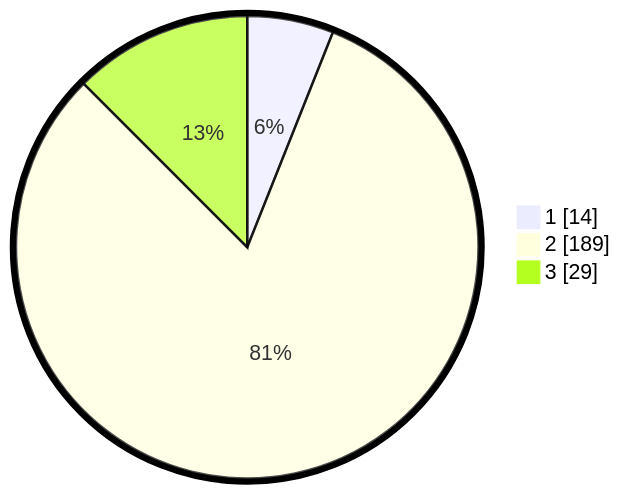
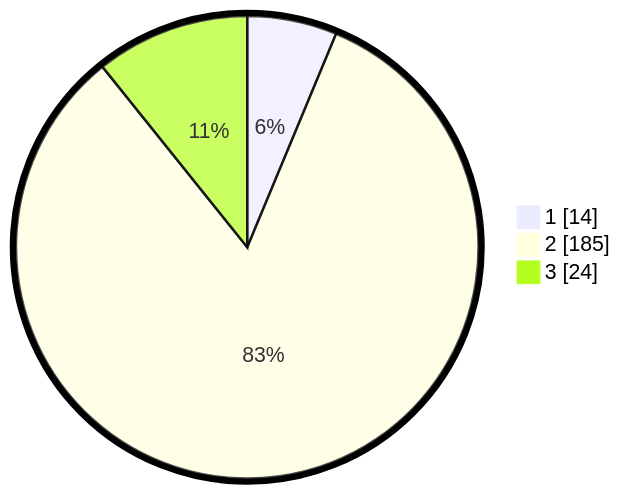
One commit to gigit-pemilu/pemilu-2024-52-nusa-tenggara-barat changed the second of 2 diagrams in pilpres/hitung-suara/sub/52-nusa-tenggara-barat/sub/01-lombok-barat/sub/15-kuripan/sub/2002-jagaraga/sub/020-tps/README.md. Above: the diagram before and after it, drawn with Mermaid. The commit also changed other lines of this file and 143 other files, not shown here.

````diff
--- a/pilpres/hitung-suara/sub/52-nusa-tenggara-barat/sub/01-lombok-barat/sub/15-kuripan/sub/2002-jagaraga/sub/020-tps/README.md
+++ b/pilpres/hitung-suara/sub/52-nusa-tenggara-barat/sub/01-lombok-barat/sub/15-kuripan/sub/2002-jagaraga/sub/020-tps/README.md
@@ -13,7 +13,7 @@
 ```mermaid
 %%{init: {"pie": {"textPosition": 0.5}, "themeVariables": {"pieOuterStrokeWidth": "5px"}} }%%
 pie showData
     "1" : 14
-    "2" : 189
-    "3" : 29
+    "2" : 185
+    "3" : 24
 ```
````
